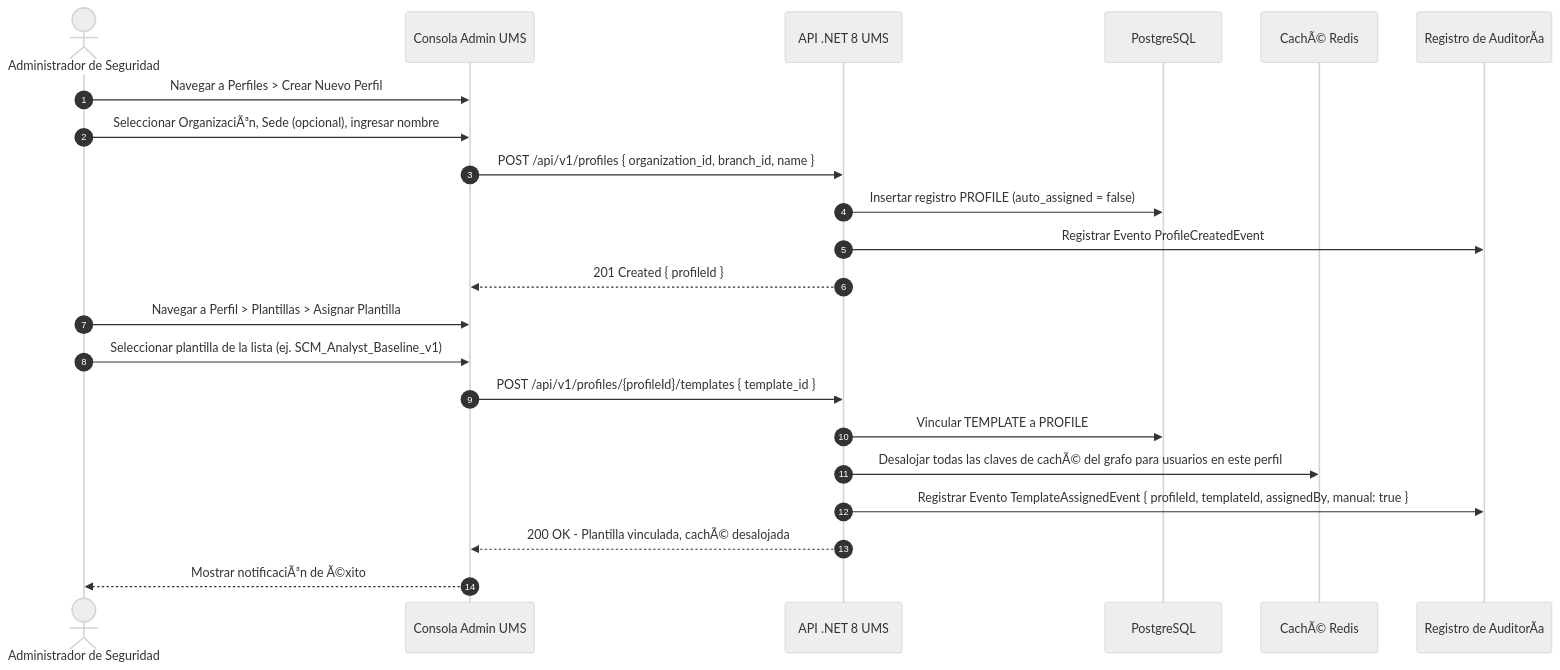
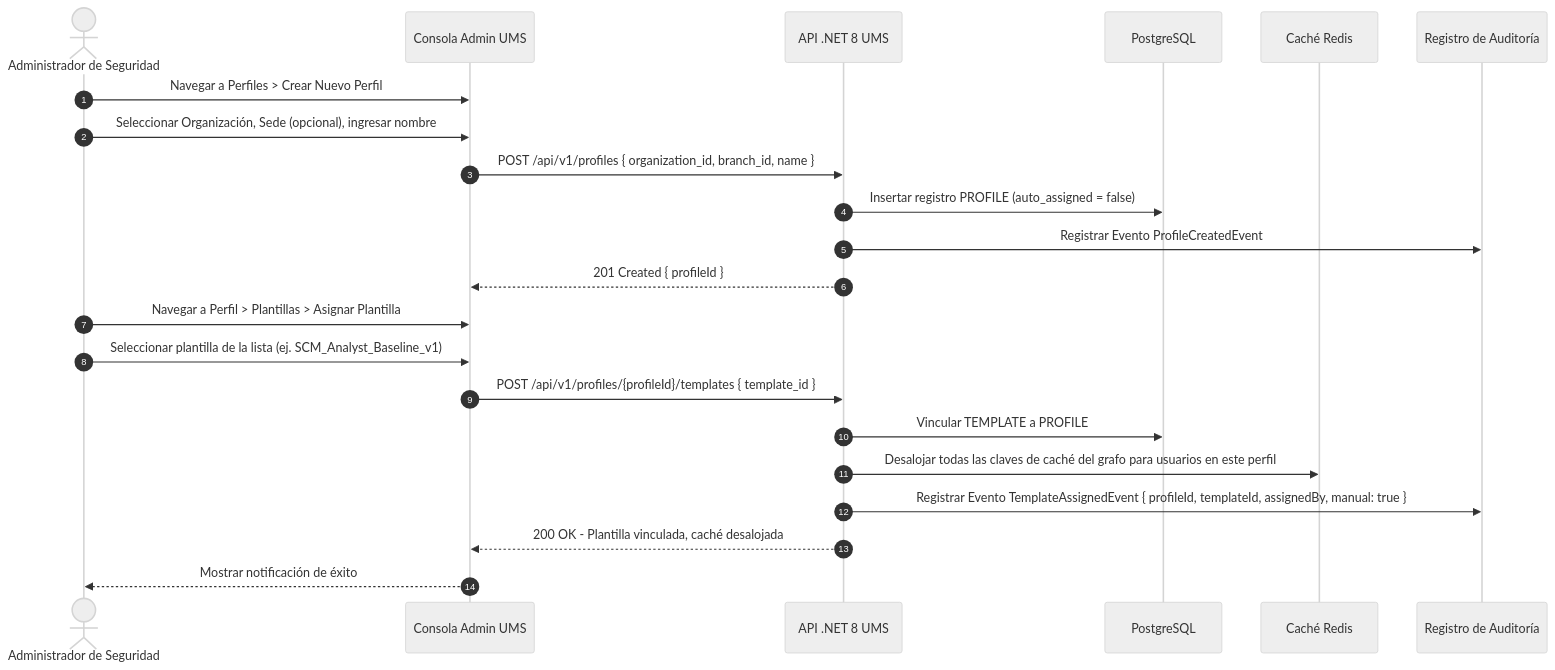
The diagram in src/ums-workspace/docs/es/01-requirements/functional-stories/fs-05-create-profile-manual-template.md (beyondnetcode/ums), drawn with Mermaid (neutral theme) before and after one commit. The commit also changed other lines of this file and 9 other files, not shown here.

````diff
--- a/src/ums-workspace/docs/es/01-requirements/functional-stories/fs-05-create-profile-manual-template.md
+++ b/src/ums-workspace/docs/es/01-requirements/functional-stories/fs-05-create-profile-manual-template.md
@@ -20,25 +20,25 @@
 ```mermaid
 sequenceDiagram
     autonumber
     actor Admin as Administrador de Seguridad
     participant Console as Consola Admin UMS
     participant API as API .NET 8 UMS
     participant DB as PostgreSQL
-    participant Cache as CachÃ© Redis
-    participant Audit as Registro de AuditorÃ­a
+    participant Cache as Caché Redis
+    participant Audit as Registro de Auditoría
 
     Admin->>Console: Navegar a Perfiles > Crear Nuevo Perfil
-    Admin->>Console: Seleccionar OrganizaciÃ³n, Sede (opcional), ingresar nombre
+    Admin->>Console: Seleccionar Organización, Sede (opcional), ingresar nombre
     Console->>API: POST /api/v1/profiles { organization_id, branch_id, name }
     API->>DB: Insertar registro PROFILE (auto_assigned = false)
     API->>Audit: Registrar Evento ProfileCreatedEvent
     API-->>Console: 201 Created { profileId }
     Admin->>Console: Navegar a Perfil > Plantillas > Asignar Plantilla
     Admin->>Console: Seleccionar plantilla de la lista (ej. SCM_Analyst_Baseline_v1)
     Console->>API: POST /api/v1/profiles/{profileId}/templates { template_id }
     API->>DB: Vincular TEMPLATE a PROFILE
-    API->>Cache: Desalojar todas las claves de cachÃ© del grafo para usuarios en este perfil
+    API->>Cache: Desalojar todas las claves de caché del grafo para usuarios en este perfil
     API->>Audit: Registrar Evento TemplateAssignedEvent { profileId, templateId, assignedBy, manual: true }
-    API-->>Console: 200 OK - Plantilla vinculada, cachÃ© desalojada
-    Console-->>Admin: Mostrar notificaciÃ³n de Ã©xito
+    API-->>Console: 200 OK - Plantilla vinculada, caché desalojada
+    Console-->>Admin: Mostrar notificación de éxito
 ```
````
